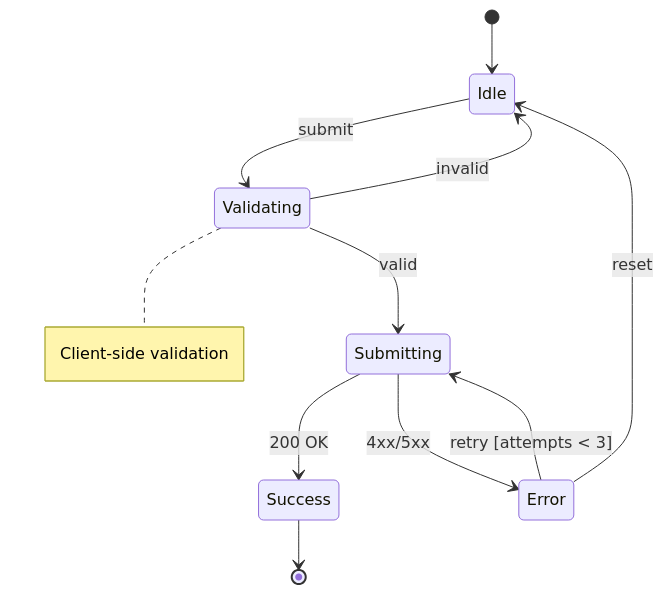
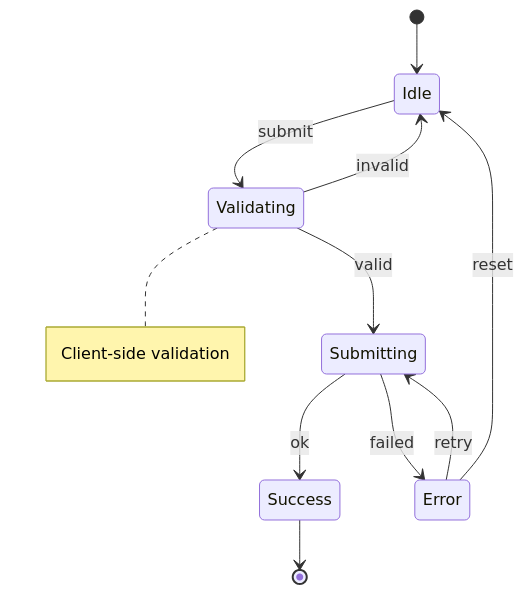
The second of 5 diagrams in skills/state-diagram/SKILL.md (jjeremycai/claudekit), drawn with Mermaid before and after one commit. The commit also changed other lines of this file and 1 other file, not shown here.

````diff
--- a/skills/state-diagram/SKILL.md
+++ b/skills/state-diagram/SKILL.md
@@ -66,18 +123,18 @@
 ```mermaid
 stateDiagram-v2
     [*] --> Idle
 
     Idle --> Validating : submit
     note right of Validating : Client-side validation
 
     Validating --> Idle : invalid
     Validating --> Submitting : valid
 
-    Submitting --> Success : 200 OK
-    Submitting --> Error : 4xx/5xx
+    Submitting --> Success : ok
+    Submitting --> Error : failed
 
-    Error --> Submitting : retry [attempts < 3]
+    Error --> Submitting : retry
     Error --> Idle : reset
 
     Success --> [*]
 ```
````
